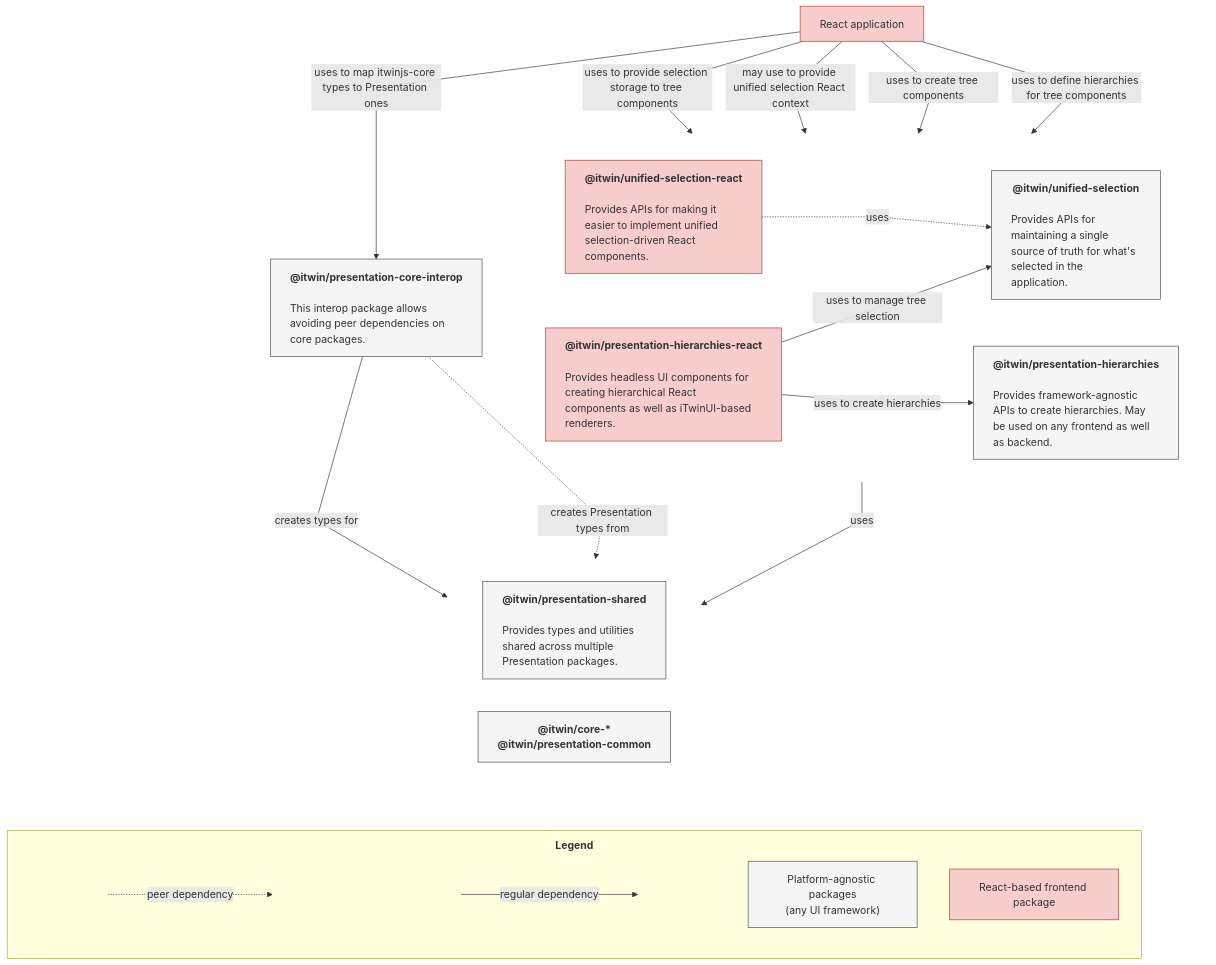
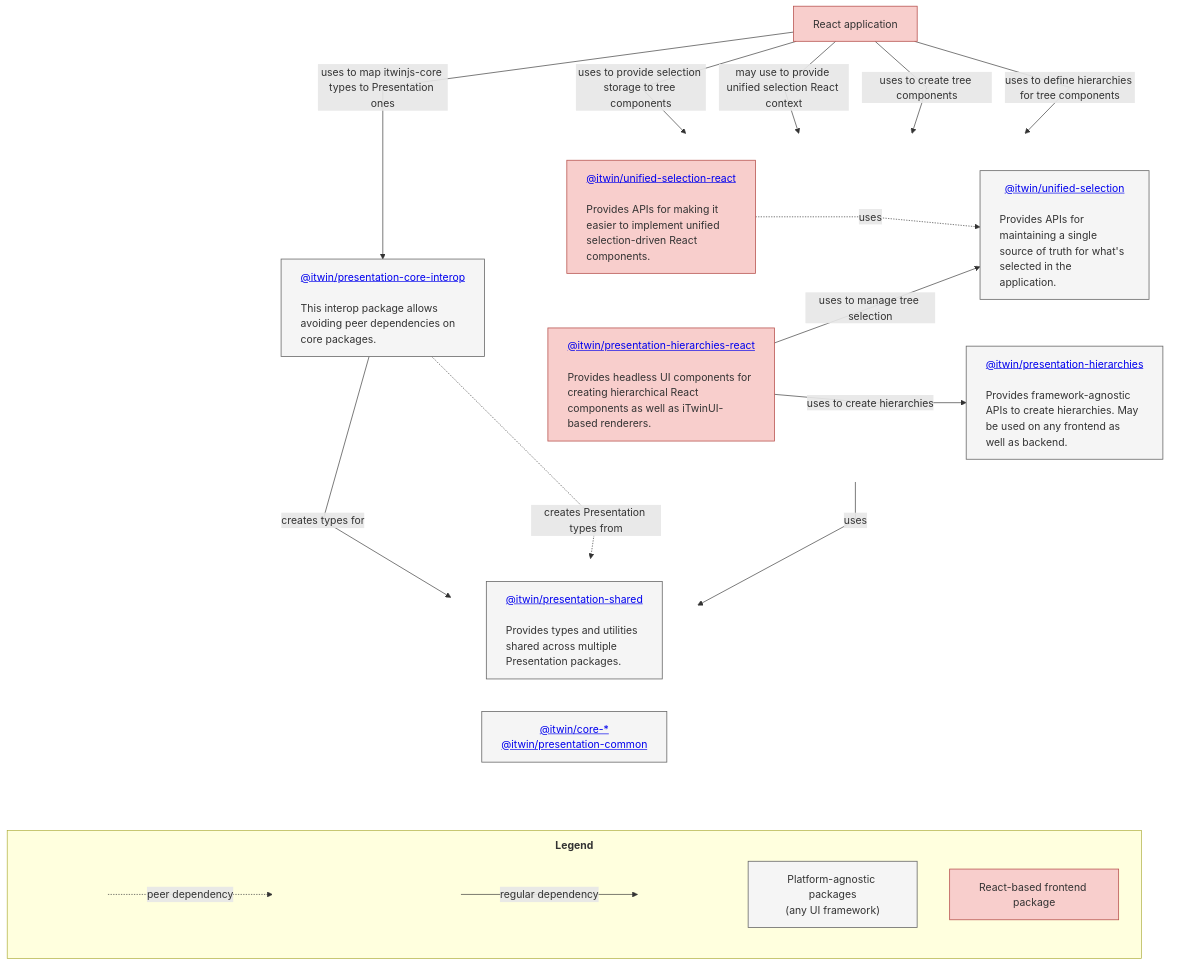
The diagram in README.md (iTwin/presentation), drawn with Mermaid before and after one commit.

Commit message:
links to packages

````diff
--- a/README.md
+++ b/README.md
@@ -59,67 +59,67 @@
 ```mermaid
 %%{init: {"flowchart": {"htmlLabels": true, "curve": "linear", "nodeSpacing": 50, "rankSpacing": 70}}}%%
 flowchart TB
   app["React application"]
 
   subgraph tier1[ ]
     direction LR
-    pkgUnifiedSelection["<div style='text-align:center;white-space:nowrap;'><b>@itwin/unified-selection</b></div><br/><div style='text-align:left;font-weight:normal;'>Provides APIs for maintaining a single source of truth for what's selected in the application.</div>"]
-    pkgUnifiedSelectionReact["<div style='text-align:center;white-space:nowrap;'><b>@itwin/unified-selection-react</b></div><br/><div style='text-align:left;font-weight:normal;'>Provides APIs for making it easier to implement unified selection-driven React components.</div>"]
-    pkgHierarchiesReact["<div style='text-align:center;white-space:nowrap;'><b>@itwin/presentation-hierarchies-react</b></div><br/><div style='text-align:left;font-weight:normal;'>Provides headless UI components for creating hierarchical React components as well as iTwinUI-based renderers.</div>"]
-    pkgHierarchies["<div style='text-align:center;white-space:nowrap;'><b>@itwin/presentation-hierarchies</b></div><br/><div style='text-align:left;font-weight:normal;'>Provides framework-agnostic APIs to create hierarchies. May be used on any frontend as well as backend.</div>"]
+    pkgUnifiedSelection["<div style='text-align:center;white-space:nowrap;'><a href='./packages/unified-selection/README.md'>@itwin/unified-selection</a></div><br/><div style='text-align:left;font-weight:normal;'>Provides APIs for maintaining a single source of truth for what's selected in the application.</div>"]
+    pkgUnifiedSelectionReact["<div style='text-align:center;white-space:nowrap;'><a href='./packages/unified-selection-react/README.md'>@itwin/unified-selection-react</a></div><br/><div style='text-align:left;font-weight:normal;'>Provides APIs for making it easier to implement unified selection-driven React components.</div>"]
+    pkgHierarchiesReact["<div style='text-align:center;white-space:nowrap;'><a href='./packages/hierarchies-react/README.md'>@itwin/presentation-hierarchies-react</a></div><br/><div style='text-align:left;font-weight:normal;'>Provides headless UI components for creating hierarchical React components as well as iTwinUI-based renderers.</div>"]
+    pkgHierarchies["<div style='text-align:center;white-space:nowrap;'><a href='./packages/hierarchies/README.md'>@itwin/presentation-hierarchies</a></div><br/><div style='text-align:left;font-weight:normal;'>Provides framework-agnostic APIs to create hierarchies. May be used on any frontend as well as backend.</div>"]
   end
 
-  pkgCoreInterop["<div style='text-align:center;white-space:nowrap;'><b>@itwin/presentation-core-interop</b></div><br/><div style='text-align:left;font-weight:normal;'>This interop package allows avoiding peer dependencies on core packages.</div>"]
+  pkgCoreInterop["<div style='text-align:center;white-space:nowrap;'><a href='./packages/core-interop/README.md'>@itwin/presentation-core-interop</a></div><br/><div style='text-align:left;font-weight:normal;'>This interop package allows avoiding peer dependencies on core packages.</div>"]
 
   subgraph tier3[ ]
     direction LR
-    pkgShared["<div style='text-align:center;white-space:nowrap;'><b>@itwin/presentation-shared</b></div><br/><div style='text-align:left;font-weight:normal;'>Provides types and utilities shared across multiple Presentation packages.</div>"]
-    pkgCoreLegacy["<div style='text-align:center;white-space:nowrap;'><b>@itwin/core-*</b><br/><b>@itwin/presentation-common</b></div>"]
+    pkgShared["<div style='text-align:center;white-space:nowrap;'><a href='./packages/shared/README.md'>@itwin/presentation-shared</a></div><br/><div style='text-align:left;font-weight:normal;'>Provides types and utilities shared across multiple Presentation packages.</div>"]
+    pkgCoreLegacy["<div style='text-align:center;white-space:nowrap;'><a href='https://www.itwinjs.org/learning/'>@itwin/core-*</a><br/><a href='https://www.npmjs.com/package/@itwin/presentation-common'>@itwin/presentation-common</a></div>"]
   end
 
   app -->|uses to provide selection storage to tree components| pkgUnifiedSelection
   app -->|may use to provide unified selection React context| pkgUnifiedSelectionReact
   app -->|uses to create tree components| pkgHierarchiesReact
   app -->|uses to define hierarchies for tree components| pkgHierarchies
   app -->|uses to map itwinjs-core types to Presentation ones| pkgCoreInterop
 
   pkgUnifiedSelectionReact -.->|uses| pkgUnifiedSelection
   pkgHierarchiesReact -->|uses to manage tree selection| pkgUnifiedSelection
   pkgHierarchiesReact -->|uses to create hierarchies| pkgHierarchies
   pkgHierarchies -->|uses| pkgShared
   pkgCoreInterop -->|creates types for| pkgShared
   pkgCoreInterop -.->|creates Presentation types from| pkgCoreLegacy
 
   subgraph Legend["<div style='font-weight: bold; padding: 10px'>Legend</div>"]
     direction TB
     lGray["Platform-agnostic packages<br/>(any UI framework)"]:::clsPlatformAgnosticPackageNode
     lRed["React-based frontend package"]:::clsReactPackageNode
 
     subgraph legendRegular[ ]
       direction LR
       legendN1[ ] -->|regular dependency| legendN2[ ]
     end
 
     subgraph legendPeer[ ]
       direction LR
       legendN3[ ] -.->|peer dependency| legendN4[ ]
     end
   end
 
   tier3 ~~~ Legend
 
   style tier1 fill:none,stroke:none
   style tier3 fill:none,stroke:none
   style legendRegular fill:none,stroke:none
   style legendPeer fill:none,stroke:none
   style legendN1 fill:none,stroke:none,color:none
   style legendN2 fill:none,stroke:none,color:none
   style legendN3 fill:none,stroke:none,color:none
   style legendN4 fill:none,stroke:none,color:none
 
   classDef clsReactPackageNode fill:#f8cecc,stroke:#b85450,color:#333333,stroke-width:1.2px;
   classDef clsPlatformAgnosticPackageNode fill:#f5f5f5,stroke:#666666,color:#333333,stroke-width:1.2px;
 
   class app,pkgHierarchiesReact,pkgUnifiedSelectionReact clsReactPackageNode;
   class pkgHierarchies,pkgUnifiedSelection,pkgCoreInterop,pkgShared,pkgCoreLegacy clsPlatformAgnosticPackageNode;
 ```
````
